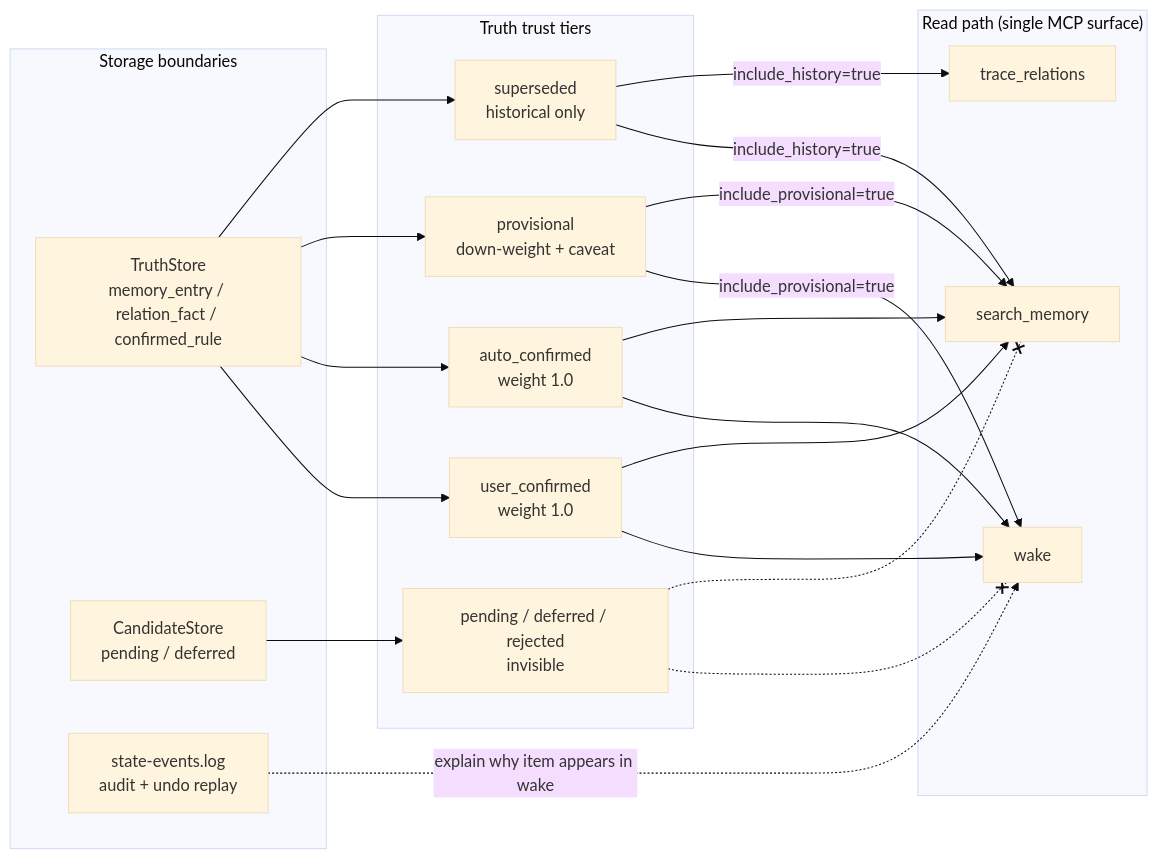
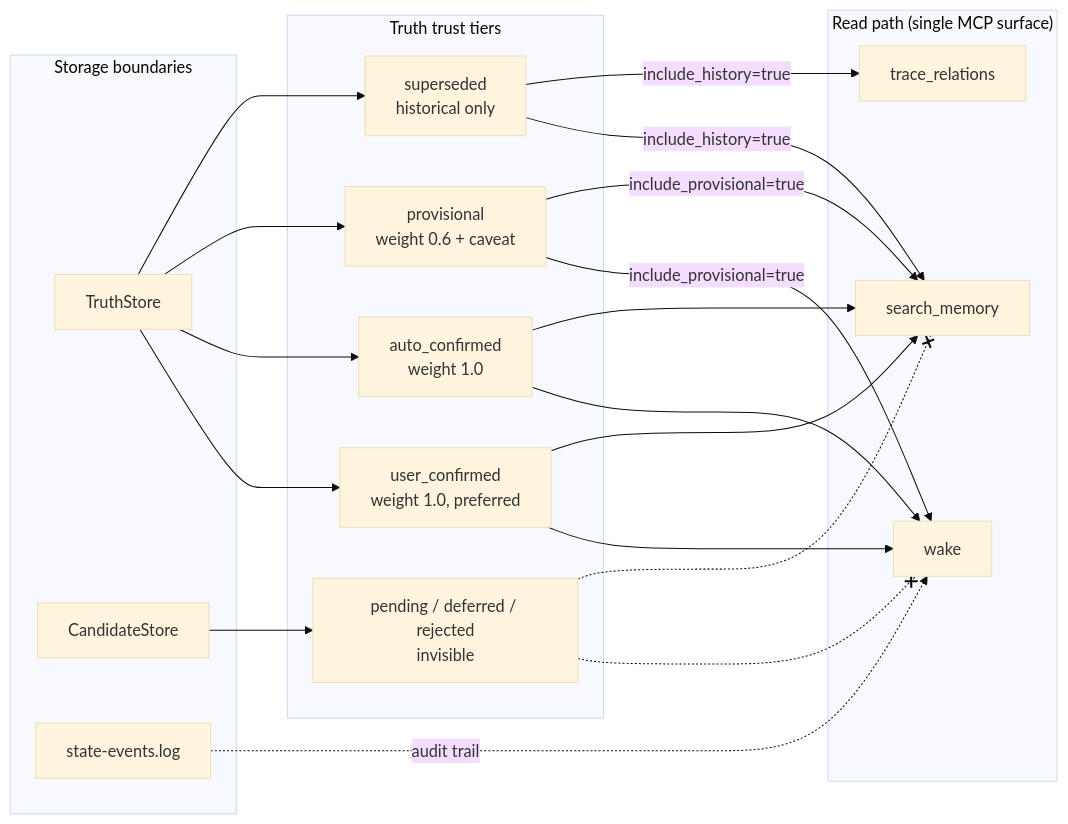
One commit to manhua-man/harness-mem changed the third of 3 diagrams in docs/auto-promoted-memory-governance.md. Above: the diagram before and after it, drawn with Mermaid (base theme). The commit also changed other lines of this file and 40 other files, not shown here.

````diff
--- a/docs/auto-promoted-memory-governance.md
+++ b/docs/auto-promoted-memory-governance.md
@@ -158,31 +166,31 @@
 ```mermaid
 flowchart LR
     subgraph read["Read path (single MCP surface)"]
         W["wake"]
         SM["search_memory"]
         TR["trace_relations"]
     end
 
     subgraph tiers["Truth trust tiers"]
-        T1["user_confirmed<br/>weight 1.0"]
+        T1["user_confirmed<br/>weight 1.0, preferred"]
         T2["auto_confirmed<br/>weight 1.0"]
-        T3["provisional<br/>down-weight + caveat"]
+        T3["provisional<br/>weight 0.6 + caveat"]
         T4["superseded<br/>historical only"]
         T5["pending / deferred / rejected<br/>invisible"]
     end
 
     subgraph stores["Storage boundaries"]
-        TS["TruthStore<br/>memory_entry / relation_fact / confirmed_rule"]
-        CS["CandidateStore<br/>pending / deferred"]
-        LG["state-events.log<br/>audit + undo replay"]
+        TS["TruthStore"]
+        CS["CandidateStore"]
+        LG["state-events.log"]
     end
 
     TS --> T1 & T2 & T3 & T4
     CS --> T5
-    LG -.->|"explain why item appears in wake"| W
+    LG -.->|"audit trail"| W
 
     T1 & T2 --> W & SM
     T3 -->|"include_provisional=true"| W & SM
     T4 -->|"include_history=true"| SM & TR
     T5 -.-x W & SM
 ```
````
